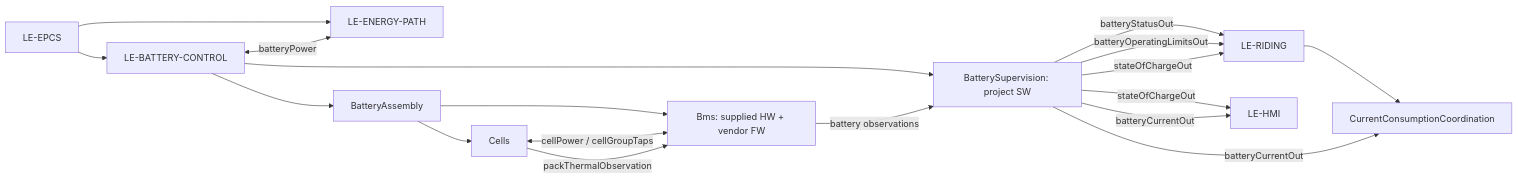
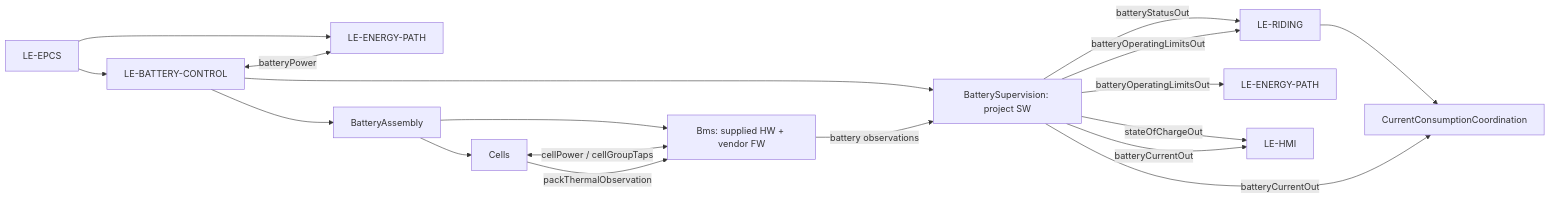
Before and after one commit to dhellhake/X2CityMCU: the first of 2 diagrams in .devenv/Architecture/SystemArchitecture/Modelling/BatteryControl/README.md, drawn with Mermaid. The commit also changed other lines of this file and 43 other files, not shown here.

````diff
--- a/.devenv/Architecture/SystemArchitecture/Modelling/BatteryControl/README.md
+++ b/.devenv/Architecture/SystemArchitecture/Modelling/BatteryControl/README.md
@@ -7,20 +7,20 @@
 ```mermaid
 flowchart LR
   EPCS[LE-EPCS] --> BC[LE-BATTERY-CONTROL]
   EPCS --> EP[LE-ENERGY-PATH]
   BC --> PBA[BatteryAssembly]
   PBA --> Cells[Cells]
   PBA --> Bms[Bms: supplied HW + vendor FW]
   BC --> BS[BatterySupervision: project SW]
   Bms -->|battery observations| BS
   Cells <-->|cellPower / cellGroupTaps| Bms
   Cells -->|packThermalObservation| Bms
   BS -->|batteryStatusOut| RidingControl[LE-RIDING]
   BS -->|batteryOperatingLimitsOut| RidingControl
+  BS -->|batteryOperatingLimitsOut| EnergyPath[LE-ENERGY-PATH]
   BS -->|stateOfChargeOut| HMI[LE-HMI]
-  BS -->|stateOfChargeOut| RidingControl
   RidingControl --> RCC[CurrentConsumptionCoordination]
   BS -->|batteryCurrentOut| RCC
   BS -->|batteryCurrentOut| HMI
   BC <-->|batteryPower| EP
 ```
````
